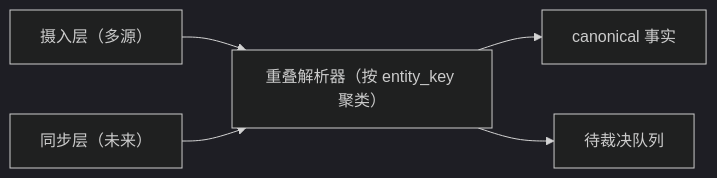
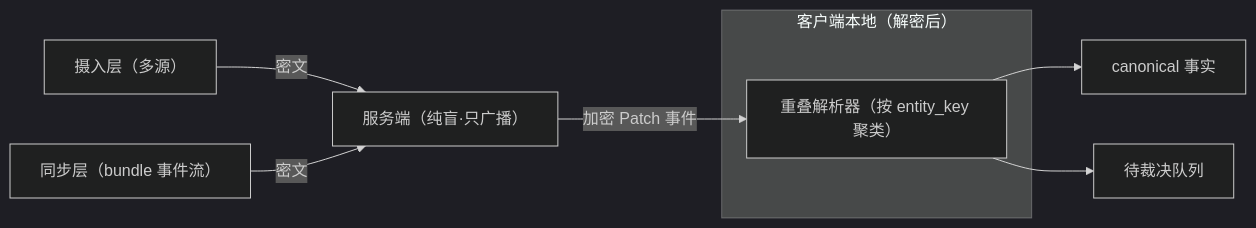
One commit to loveheng/goodtime changed the third of 3 diagrams in docs/design/fact-user-relay-draft.md. Above: the diagram before and after it, drawn with Mermaid (dark theme). The commit also changed other lines of this file and 4 other files, not shown here.

````diff
--- a/docs/design/fact-user-relay-draft.md
+++ b/docs/design/fact-user-relay-draft.md
@@ -345,7 +343,11 @@
 ```mermaid
 flowchart LR
-  A["摄入层（多源）"] --> R["重叠解析器（按 entity_key 聚类）"]
-  S["同步层（未来）"] --> R
+  subgraph CLIENT["客户端本地（解密后）"]
+    R["重叠解析器（按 entity_key 聚类）"]
+  end
+  A["摄入层（多源）"] -->|密文| SVR["服务端（纯盲·只广播）"]
+  SYNC["同步层（bundle 事件流）"] -->|密文| SVR
+  SVR -->|加密 Patch 事件| R
   R --> C["canonical 事实"]
   R --> Q["待裁决队列"]
 ```
````
